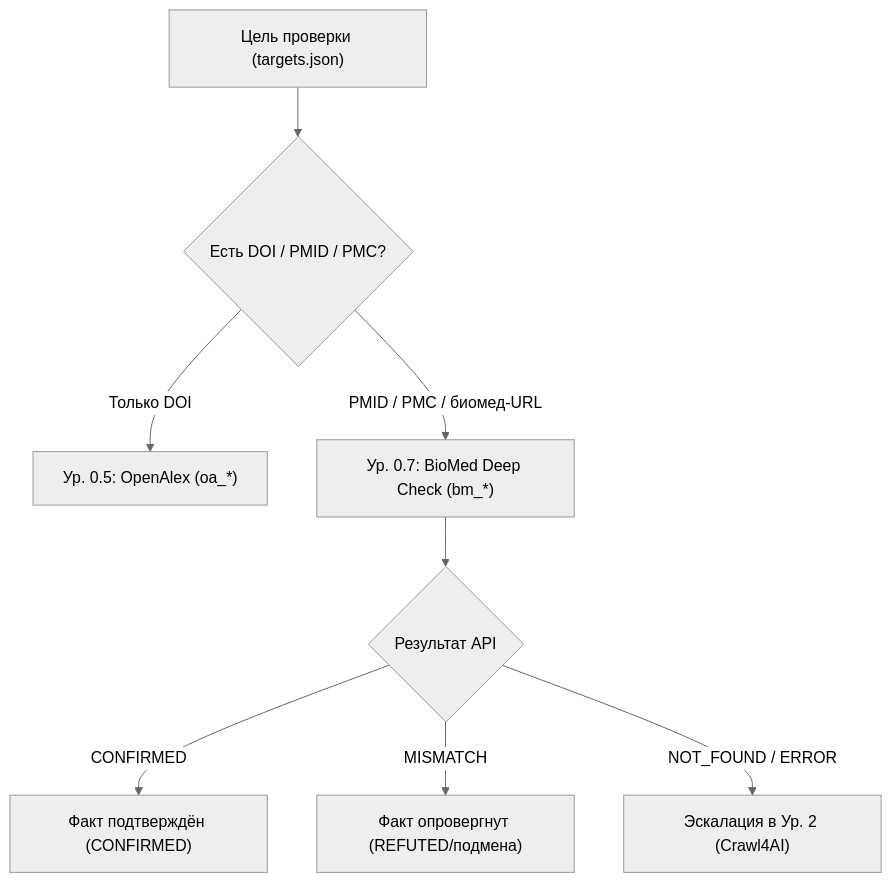
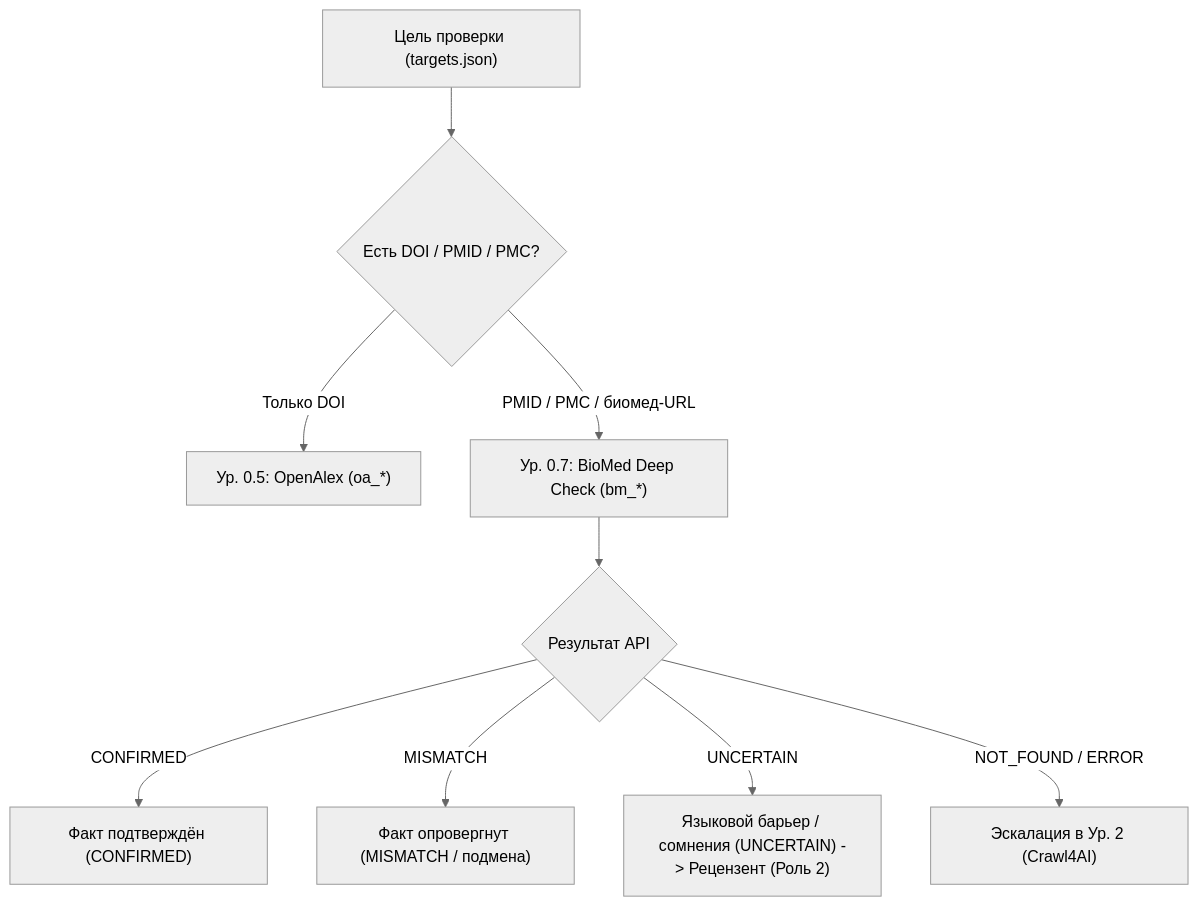
The diagram in pipeline/docs/biomed-protocol.md (DrHush47/SplitAndMerge), drawn with Mermaid (neutral theme) before and after one commit. The commit also changed other lines of this file and 4 other files, not shown here.

````diff
--- a/pipeline/docs/biomed-protocol.md
+++ b/pipeline/docs/biomed-protocol.md
@@ -31,11 +38,12 @@
 ```mermaid
 flowchart TD
     Target["Цель проверки (targets.json)"] --> Check{"Есть DOI / PMID / PMC?"}
     Check -->|Только DOI| L05["Ур. 0.5: OpenAlex (oa_*)"]
     Check -->|PMID / PMC / биомед-URL| L07["Ур. 0.7: BioMed Deep Check (bm_*)"]
     
     L07 --> Status{"Результат API"}
     Status -->|CONFIRMED| Done["Факт подтверждён (CONFIRMED)"]
-    Status -->|MISMATCH| Refuted["Факт опровергнут (REFUTED/подмена)"]
+    Status -->|MISMATCH| Refuted["Факт опровергнут (MISMATCH / подмена)"]
+    Status -->|UNCERTAIN| Review["Языковой барьер / сомнения (UNCERTAIN) -> Рецензент (Роль 2)"]
     Status -->|NOT_FOUND / ERROR| L2["Эскалация в Ур. 2 (Crawl4AI)"]
 ```
````
